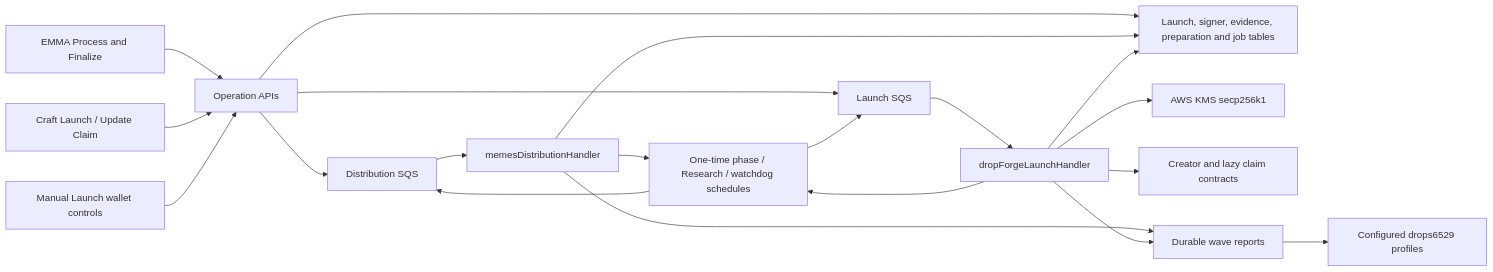
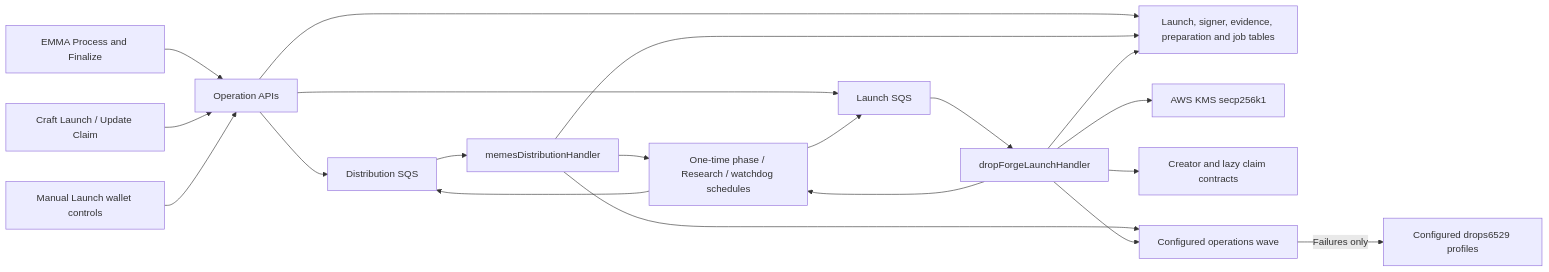
The fourth of 4 diagrams in docs/architecture.md (6529-Collections/6529seize-backend), drawn with Mermaid before and after one commit. The commit also changed other lines of this file and 2 other files, not shown here.

Commit message:
Clarify Drop Forge setup and execution architecture

````diff
--- a/docs/architecture.md
+++ b/docs/architecture.md
@@ -1962,22 +1976,22 @@
 ```mermaid
 flowchart LR
   EMMA[EMMA Process and Finalize] --> API[Operation APIs]
   Craft[Craft Launch / Update Claim] --> API
   Manual[Manual Launch wallet controls] --> API
   API --> DB[Launch, signer, evidence, preparation and job tables]
   API --> PrepQueue[Distribution SQS]
   API --> LaunchQueue[Launch SQS]
   PrepQueue --> Prep[memesDistributionHandler]
   LaunchQueue --> Worker[dropForgeLaunchHandler]
   Worker --> Scheduler[One-time phase / Research / watchdog schedules]
   Prep --> Scheduler
   Scheduler --> PrepQueue
   Scheduler --> LaunchQueue
   Prep --> DB
   Worker --> DB
   Worker --> KMS[AWS KMS secp256k1]
   Worker --> Chain[Creator and lazy claim contracts]
-  Prep --> Wave[Durable wave reports]
+  Prep --> Wave[Configured operations wave]
   Worker --> Wave
-  Wave --> Alerts[Configured drops6529 profiles]
+  Wave -->|Failures only| Alerts[Configured drops6529 profiles]
 ```
````
